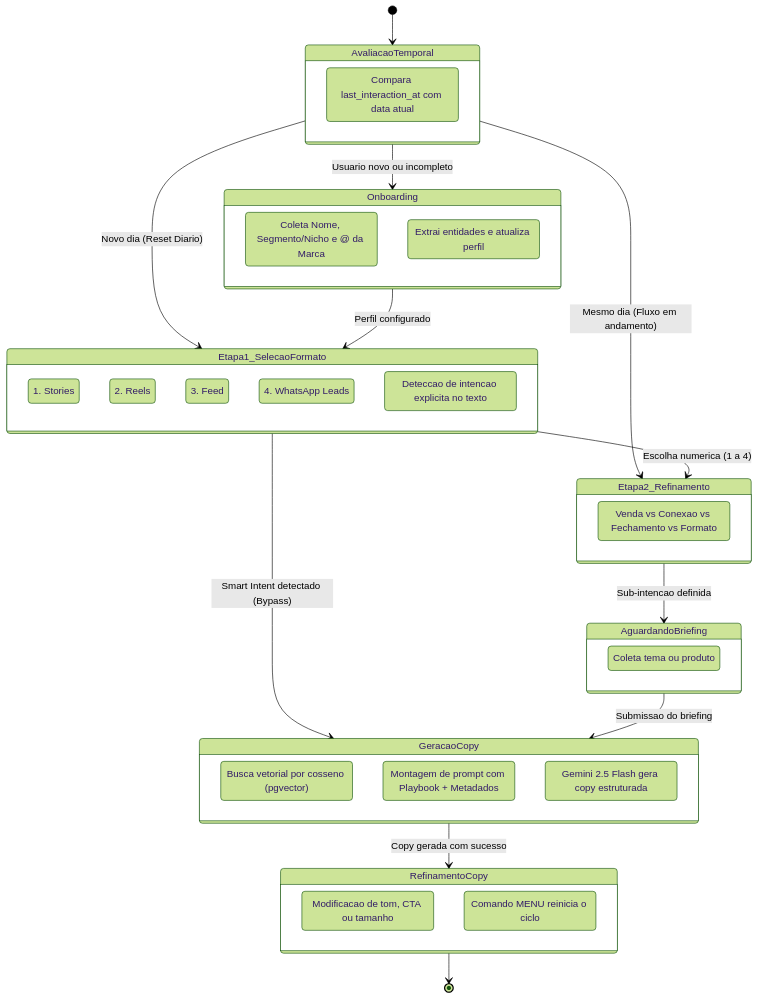
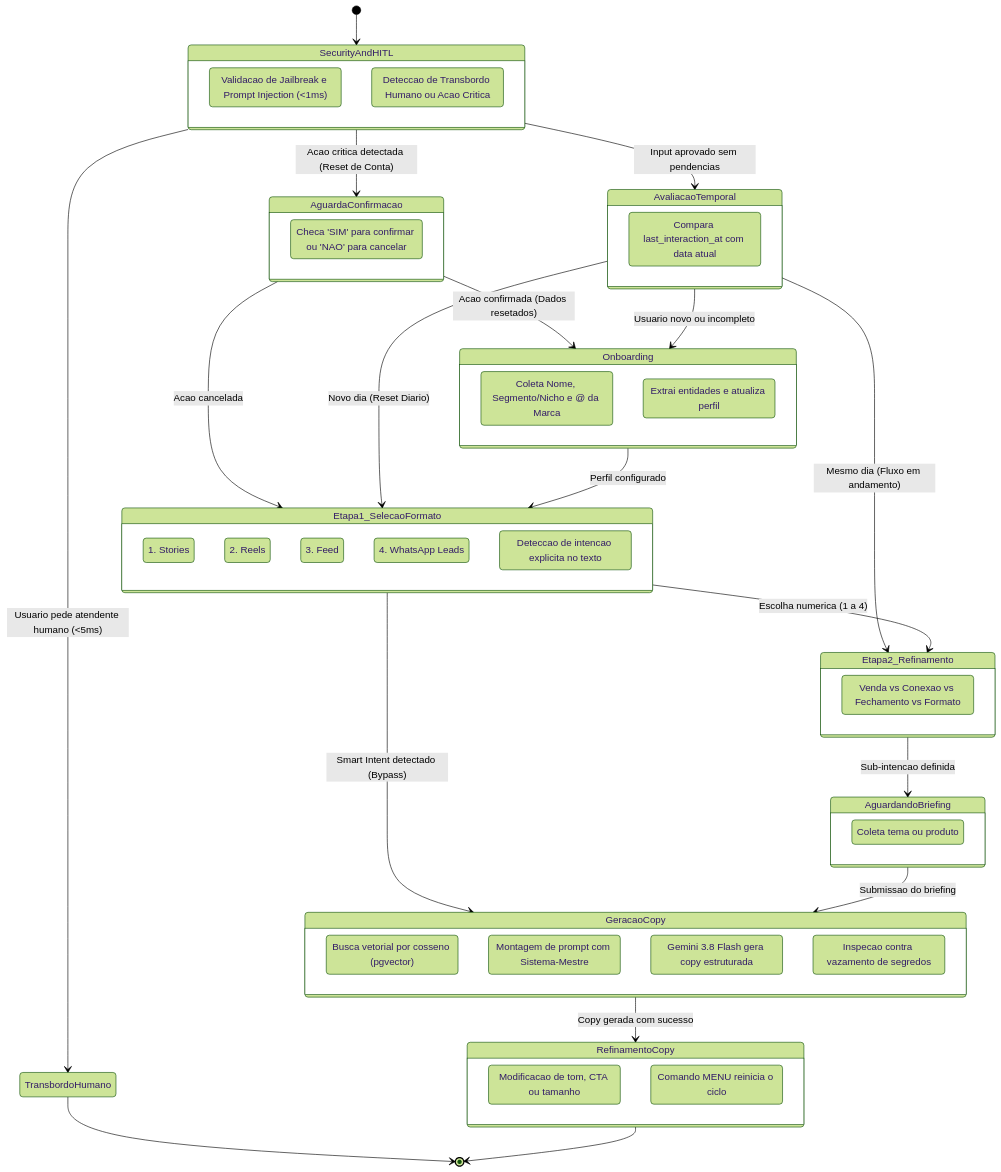
One commit to augdev1/langchain-copy_chat changed the second of 2 diagrams in README.md. Above: the diagram before and after it, drawn with Mermaid (forest theme). The commit also changed other lines of this file and 27 other files, not shown here.

````diff
--- a/README.md
+++ b/README.md
@@ -56,51 +79,67 @@
 ```mermaid
 stateDiagram-v2
-    [*] --> AvaliacaoTemporal
+    [*] --> SecurityAndHITL
+
+    state SecurityAndHITL {
+        InspecaoEntrada: Validacao de Jailbreak e Prompt Injection (<1ms)
+        VerificacaoHITL: Deteccao de Transbordo Humano ou Acao Critica
+    }
+
+    SecurityAndHITL --> TransbordoHumano: Usuario pede atendente humano (<5ms)
+    SecurityAndHITL --> AguardaConfirmacao: Acao critica detectada (Reset de Conta)
+    SecurityAndHITL --> AvaliacaoTemporal: Input aprovado sem pendencias
+
+    state AguardaConfirmacao {
+        ValidaResposta: Checa 'SIM' para confirmar ou 'NAO' para cancelar
+    }
+    AguardaConfirmacao --> Onboarding: Acao confirmada (Dados resetados)
+    AguardaConfirmacao --> Etapa1_SelecaoFormato: Acao cancelada
 
     state AvaliacaoTemporal {
         VerificaData: Compara last_interaction_at com data atual
     }
-
     AvaliacaoTemporal --> Onboarding: Usuario novo ou incompleto
     AvaliacaoTemporal --> Etapa1_SelecaoFormato: Novo dia (Reset Diario)
     AvaliacaoTemporal --> Etapa2_Refinamento: Mesmo dia (Fluxo em andamento)
 
     state Onboarding {
         PerguntaUnica: Coleta Nome, Segmento/Nicho e @ da Marca
         ProcessamentoRegex: Extrai entidades e atualiza perfil
     }
     Onboarding --> Etapa1_SelecaoFormato: Perfil configurado
 
     state Etapa1_SelecaoFormato {
         Opcao1: 1. Stories
         Opcao2: 2. Reels
         Opcao3: 3. Feed
         Opcao4: 4. WhatsApp Leads
         SmartIntent: Deteccao de intencao explicita no texto
     }
     Etapa1_SelecaoFormato --> Etapa2_Refinamento: Escolha numerica (1 a 4)
     Etapa1_SelecaoFormato --> GeracaoCopy: Smart Intent detectado (Bypass)
 
     state Etapa2_Refinamento {
         SubIntencao: Venda vs Conexao vs Fechamento vs Formato
     }
     Etapa2_Refinamento --> AguardandoBriefing: Sub-intencao definida
 
     state AguardandoBriefing {
         RecebeBriefing: Coleta tema ou produto
     }
     AguardandoBriefing --> GeracaoCopy: Submissao do briefing
 
     state GeracaoCopy {
         ConsultaRAG: Busca vetorial por cosseno (pgvector)
-        InjecaoPrompt: Montagem de prompt com Playbook + Metadados
-        ChamadaLLM: Gemini 2.5 Flash gera copy estruturada
+        InjecaoPrompt: Montagem de prompt com Sistema-Mestre
+        ChamadaLLM: Gemini 3.8 Flash gera copy estruturada
+        OutputSanitizer: Inspecao contra vazamento de segredos
     }
     GeracaoCopy --> RefinamentoCopy: Copy gerada com sucesso
 
     state RefinamentoCopy {
         Ajustes: Modificacao de tom, CTA ou tamanho
         NovoConteudo: Comando MENU reinicia o ciclo
     }
     RefinamentoCopy --> [*]
+    TransbordoHumano --> [*]
 ```
````
